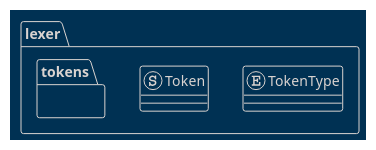
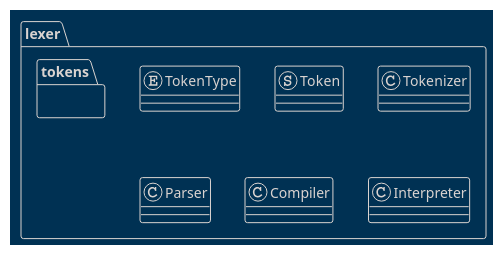
Before and after one commit to frax2004/friday-compiler: the diagram in docs/lexer.puml, drawn with PlantUML. The commit also changed 11 other files, not shown here.

```diff
--- a/docs/lexer.puml
+++ b/docs/lexer.puml
@@ -1,23 +1,38 @@
 @startuml "Lexer"
 
 !theme blueprint
 
 namespace lexer {
 
   enum TokenType {
-
+    
   }
 
   struct Token {
 
   }
 
   namespace tokens {
 
   }
 
+  class Tokenizer {
+
+  }
+
+  class Parser {
+    
+  }
+
+  class Compiler {
+
+  }
+
+  class Interpreter {
+
+  }
+
   
-
 }
 
 @enduml
```
